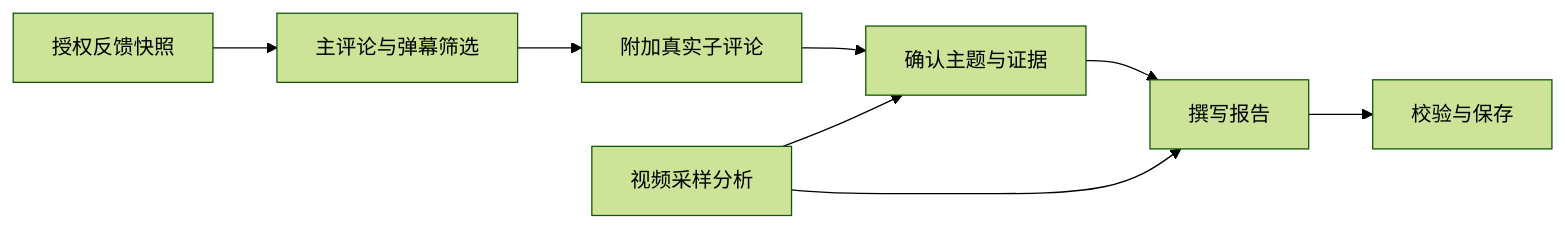
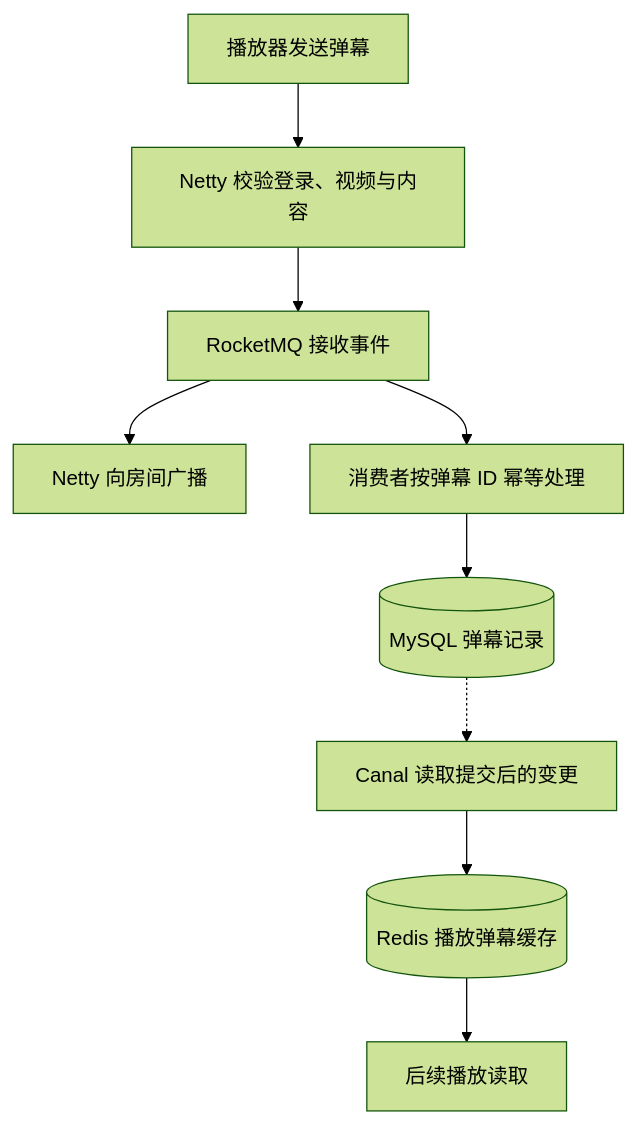
The second of 6 diagrams in README.md (NBSW002/Tianmu), drawn with Mermaid (forest theme) before and after one commit. The commit also changed other lines of this file, not shown here.

Commit message:
Restore architecture diagrams before quick start

````diff
--- a/README.md
+++ b/README.md
@@ -123,10 +77,11 @@
 ```mermaid
-flowchart LR
-    A["授权反馈快照"] --> B["主评论与弹幕筛选"]
-    B --> C["附加真实子评论"]
-    C --> D["确认主题与证据"]
-    V["视频采样分析"] --> D
-    V --> E["撰写报告"]
-    D --> E
-    E --> F["校验与保存"]
+flowchart TB
+    Send["播放器发送弹幕"] --> WS["Netty 校验登录、视频与内容"]
+    WS --> MQ["RocketMQ 接收事件"]
+    MQ --> Broadcast["Netty 向房间广播"]
+    MQ --> Consumer["消费者按弹幕 ID 幂等处理"]
+    Consumer --> DB[("MySQL 弹幕记录")]
+    DB -.-> Canal["Canal 读取提交后的变更"]
+    Canal --> Cache[("Redis 播放弹幕缓存")]
+    Cache --> Read["后续播放读取"]
 ```
````
